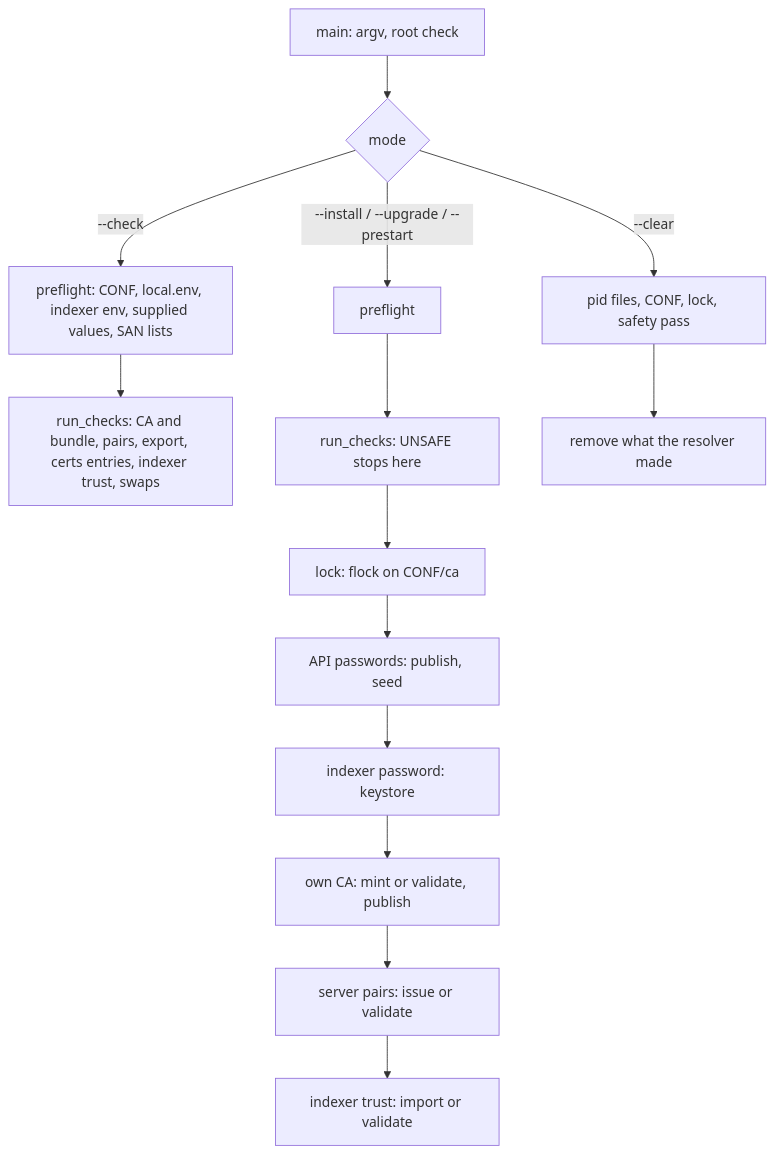
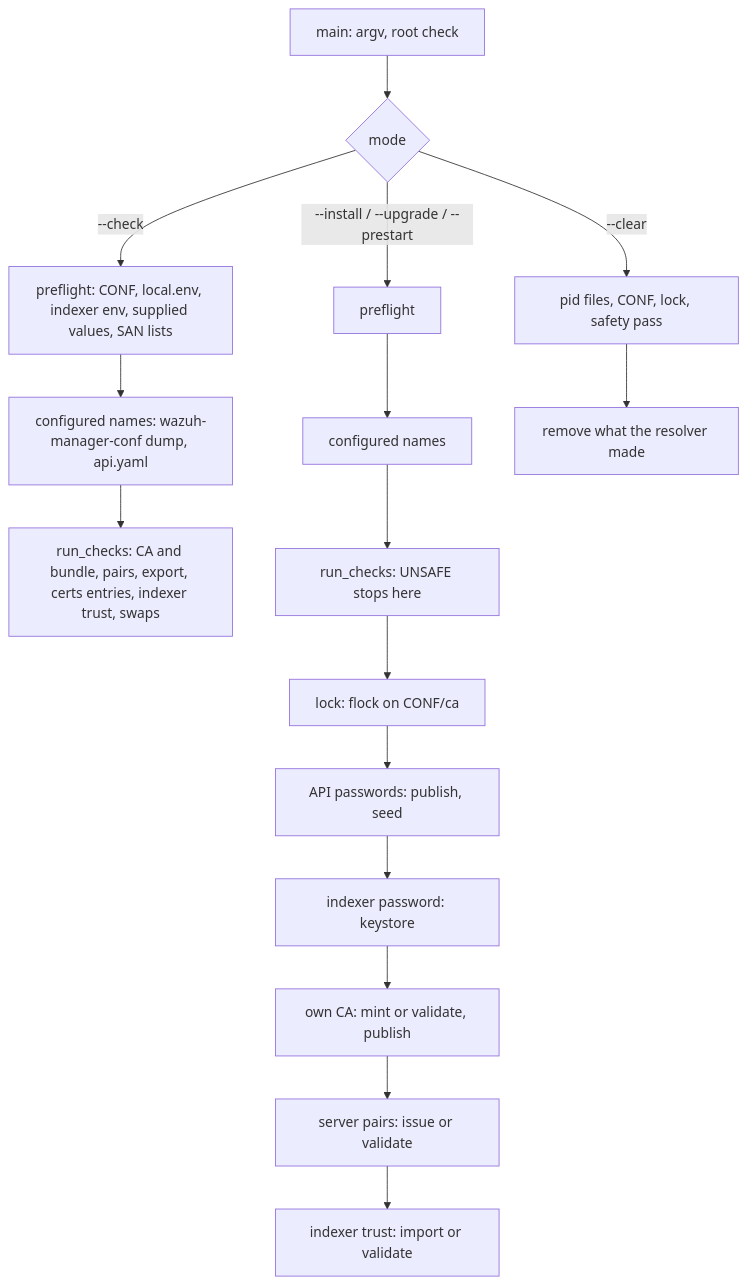
One commit to wazuh/wazuh changed the diagram in src/init/credentials/README.md. Above: the diagram before and after it, drawn with Mermaid. The commit also changed other lines of this file and 12 other files, not shown here.

First line of the commit message:
fix: check the configured TLS files and republish a stale export/ca.pem at start

````diff
--- a/src/init/credentials/README.md
+++ b/src/init/credentials/README.md
@@ -63,16 +67,18 @@
 ```mermaid
 flowchart TD
     A[main: argv, root check] --> B{mode}
     B -->|--check| C[preflight: CONF, local.env, indexer env, supplied values, SAN lists]
-    C --> D[run_checks: CA and bundle, pairs, export, certs entries, indexer trust, swaps]
+    C --> T[configured names: wazuh-manager-conf dump, api.yaml]
+    T --> D[run_checks: CA and bundle, pairs, export, certs entries, indexer trust, swaps]
     B -->|--install / --upgrade / --prestart| E[preflight]
-    E --> F[run_checks: UNSAFE stops here]
+    E --> U[configured names]
+    U --> F[run_checks: UNSAFE stops here]
     F --> G[lock: flock on CONF/ca]
     G --> H[API passwords: publish, seed]
     H --> I[indexer password: keystore]
     I --> J[own CA: mint or validate, publish]
     J --> K[server pairs: issue or validate]
     K --> L[indexer trust: import or validate]
     B -->|--clear| M[pid files, CONF, lock, safety pass]
     M --> N[remove what the resolver made]
 ```
````
